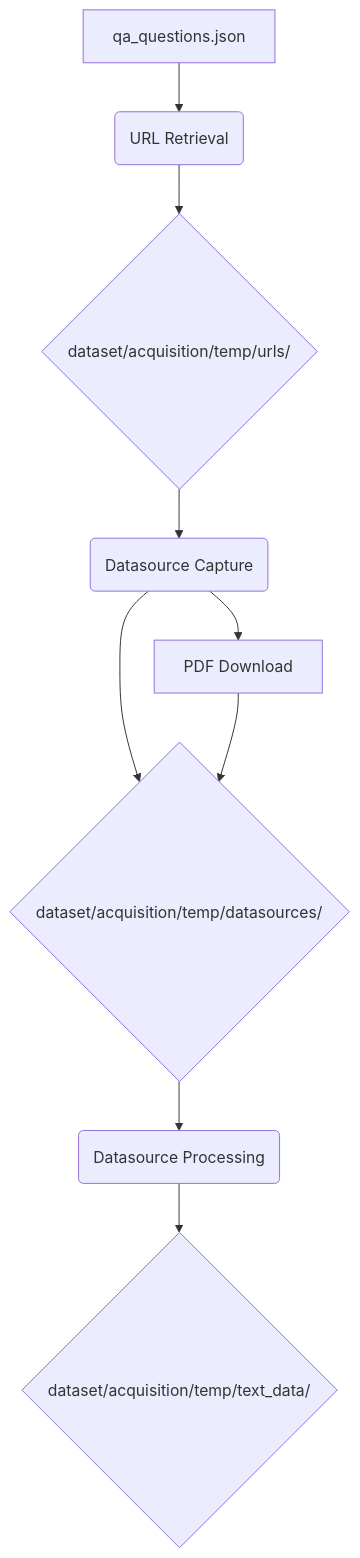
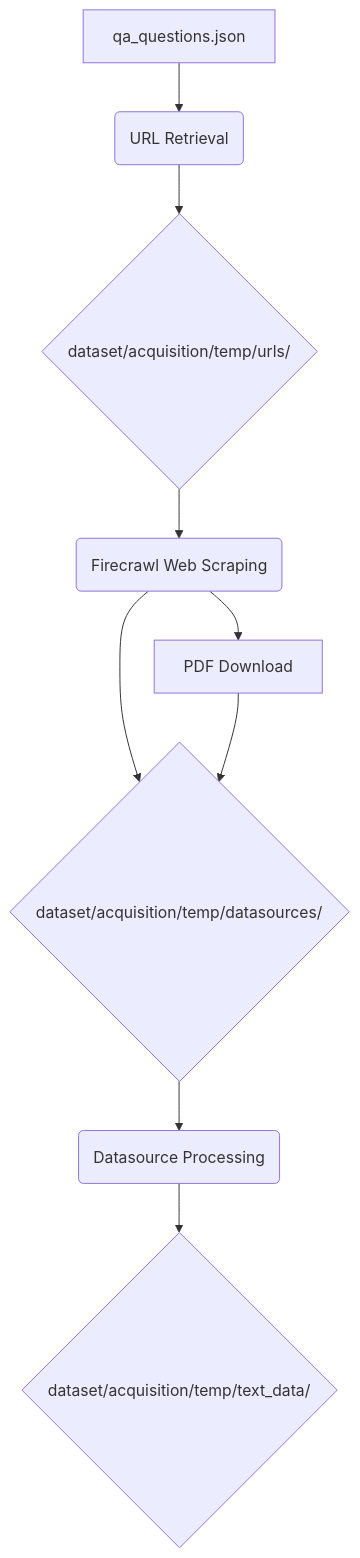
The diagram in README.md (civitas-cerebrum/emtp), drawn with Mermaid before and after one commit. The commit also changed other lines of this file and 13 other files, not shown here.

````diff
--- a/README.md
+++ b/README.md
@@ -86,12 +86,12 @@
 ```mermaid
 graph TD
     A[qa_questions.json] --> B(URL Retrieval);
     B --> C{dataset/acquisition/temp/urls/};
-    C --> D(Datasource Capture);
+    C --> D(Firecrawl Web Scraping);
     D --> E{dataset/acquisition/temp/datasources/};
     E --> F(Datasource Processing);
     F --> G{dataset/acquisition/temp/text_data/};
 
     D --> H[PDF Download];
     H --> E;
 ```
````
